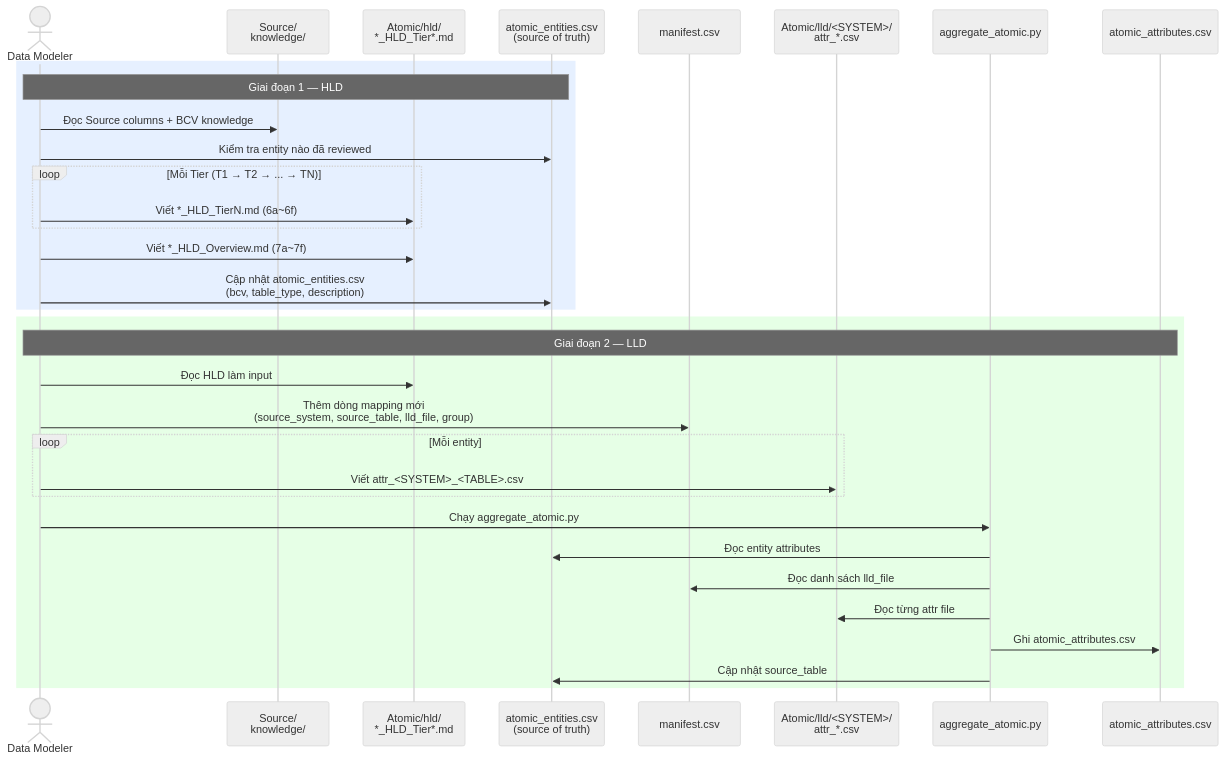
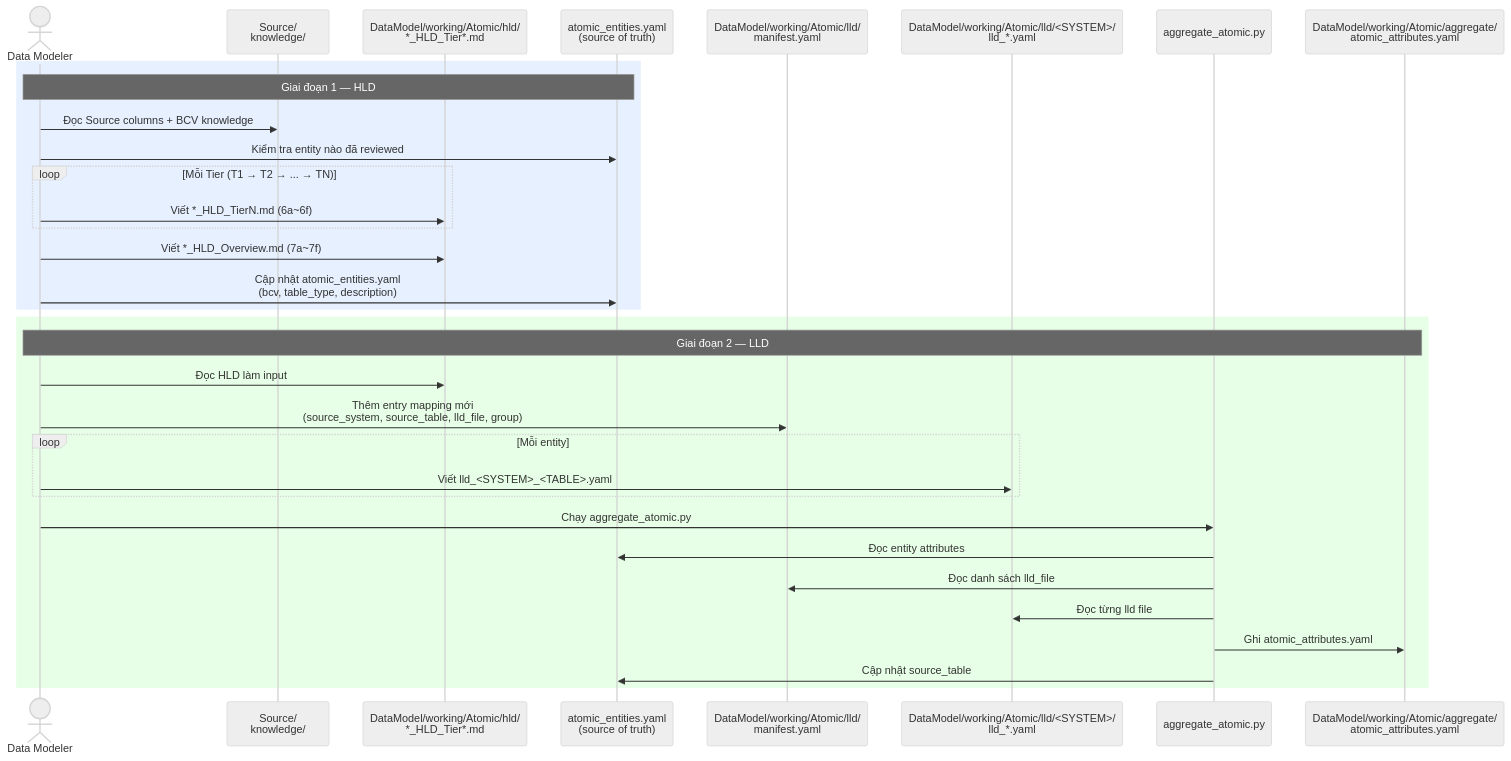
Before and after one commit to linhlvit/ubck_atomic_design: the first of 3 diagrams in README.md, drawn with Mermaid (neutral theme). The commit also changed other lines of this file and 38 other files, not shown here.

Commit message:
refactor remaing csv into yaml in Atomic design

````diff
--- a/README.md
+++ b/README.md
@@ -53,37 +58,37 @@
 ```mermaid
 sequenceDiagram
     actor DM as Data Modeler
     participant SRC as Source/<br/>knowledge/
-    participant HLD as Atomic/hld/<br/>*_HLD_Tier*.md
-    participant SE as atomic_entities.csv<br/>(source of truth)
-    participant MF as manifest.csv
-    participant LLD as Atomic/lld/<SYSTEM>/<br/>attr_*.csv
+    participant HLD as DataModel/working/Atomic/hld/<br/>*_HLD_Tier*.md
+    participant SE as atomic_entities.yaml<br/>(source of truth)
+    participant MF as DataModel/working/Atomic/lld/<br/>manifest.yaml
+    participant LLD as DataModel/working/Atomic/lld/<SYSTEM>/<br/>lld_*.yaml
     participant AGG as aggregate_atomic.py
-    participant OUT as atomic_attributes.csv
+    participant OUT as DataModel/working/Atomic/aggregate/<br/>atomic_attributes.yaml
 
     rect rgb(230, 240, 255)
         note over DM,SE: Giai đoạn 1 — HLD
         DM->>SRC: Đọc Source columns + BCV knowledge
         DM->>SE: Kiểm tra entity nào đã reviewed
         loop Mỗi Tier (T1 → T2 → ... → TN)
             DM->>HLD: Viết *_HLD_TierN.md (6a~6f)
         end
         DM->>HLD: Viết *_HLD_Overview.md (7a~7f)
-        DM->>SE: Cập nhật atomic_entities.csv<br/>(bcv, table_type, description)
+        DM->>SE: Cập nhật atomic_entities.yaml<br/>(bcv, table_type, description)
     end
 
     rect rgb(230, 255, 230)
         note over DM,OUT: Giai đoạn 2 — LLD
         DM->>HLD: Đọc HLD làm input
-        DM->>MF: Thêm dòng mapping mới<br/>(source_system, source_table, lld_file, group)
+        DM->>MF: Thêm entry mapping mới<br/>(source_system, source_table, lld_file, group)
         loop Mỗi entity
-            DM->>LLD: Viết attr_<SYSTEM>_<TABLE>.csv
+            DM->>LLD: Viết lld_<SYSTEM>_<TABLE>.yaml
         end
         DM->>AGG: Chạy aggregate_atomic.py
         AGG->>SE: Đọc entity attributes
         AGG->>MF: Đọc danh sách lld_file
-        AGG->>LLD: Đọc từng attr file
-        AGG->>OUT: Ghi atomic_attributes.csv
+        AGG->>LLD: Đọc từng lld file
+        AGG->>OUT: Ghi atomic_attributes.yaml
         AGG->>SE: Cập nhật source_table
     end
 ```
````
